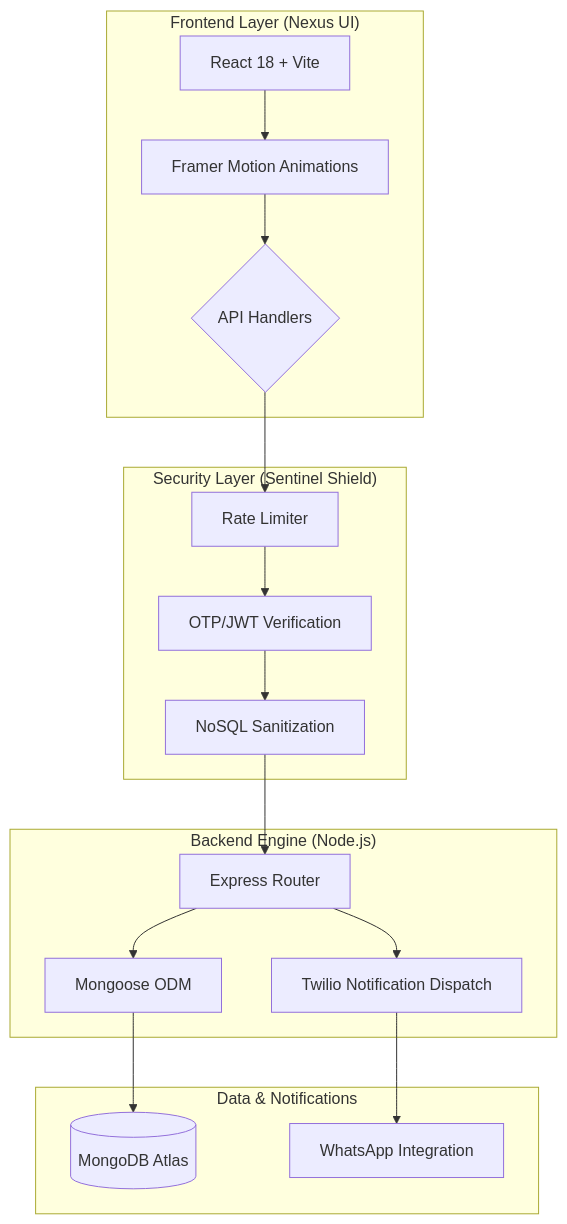
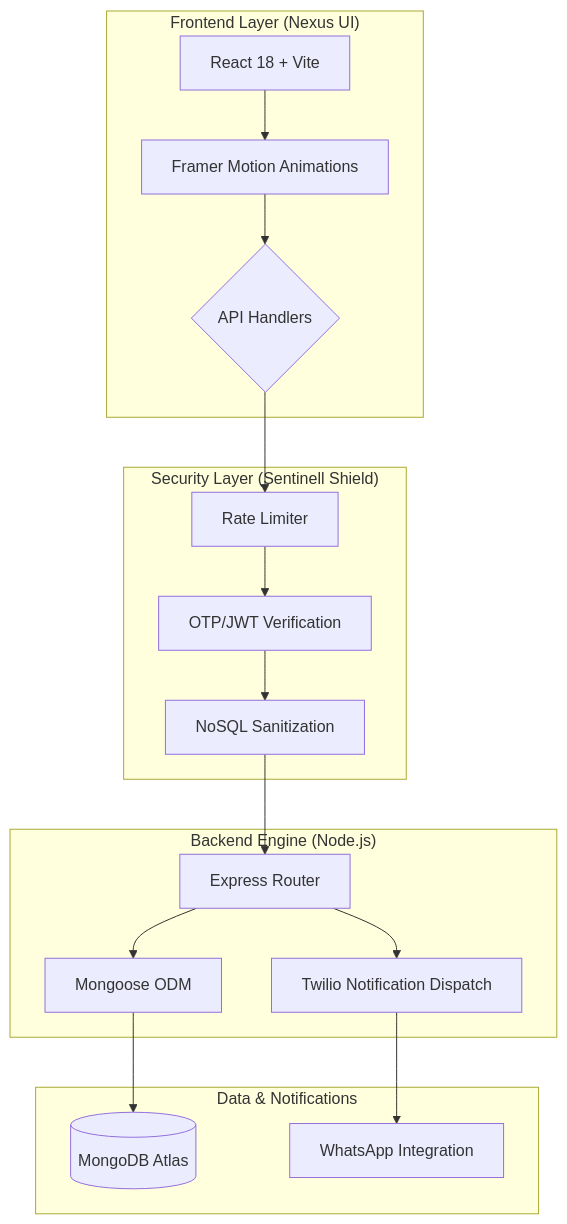
One commit to jainayush02/Sentinell-My-Portfolio changed the diagram in README.md. Above: the diagram before and after it, drawn with Mermaid. The commit also changed other lines of this file and 10 other files, not shown here.

````diff
--- a/README.md
+++ b/README.md
@@ -7,24 +7,24 @@
 ```mermaid
 graph TD
     subgraph "Frontend Layer (Nexus UI)"
         A[React 18 + Vite] --> B[Framer Motion Animations]
         B --> C{API Handlers}
     end
 
-    subgraph "Security Layer (Sentinel Shield)"
+    subgraph "Security Layer (Sentinell Shield)"
         C --> D[Rate Limiter]
         D --> E[OTP/JWT Verification]
         E --> F[NoSQL Sanitization]
     end
 
     subgraph "Backend Engine (Node.js)"
         F --> G[Express Router]
         G --> H[Mongoose ODM]
         G --> I[Twilio Notification Dispatch]
     end
 
     subgraph "Data & Notifications"
         H --> J[(MongoDB Atlas)]
         I --> K[WhatsApp Integration]
     end
 ```
````
